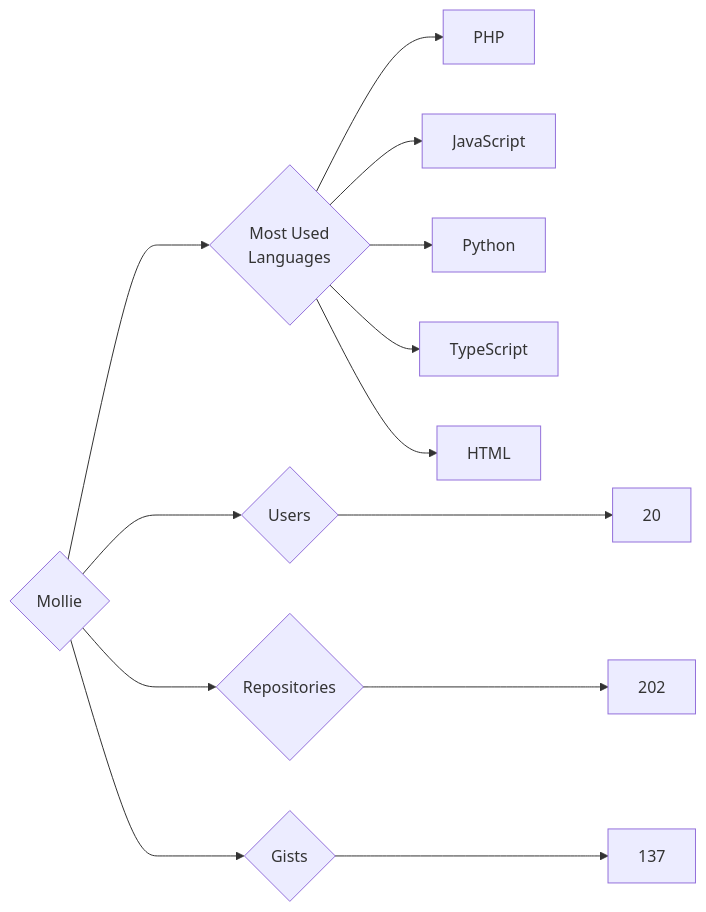
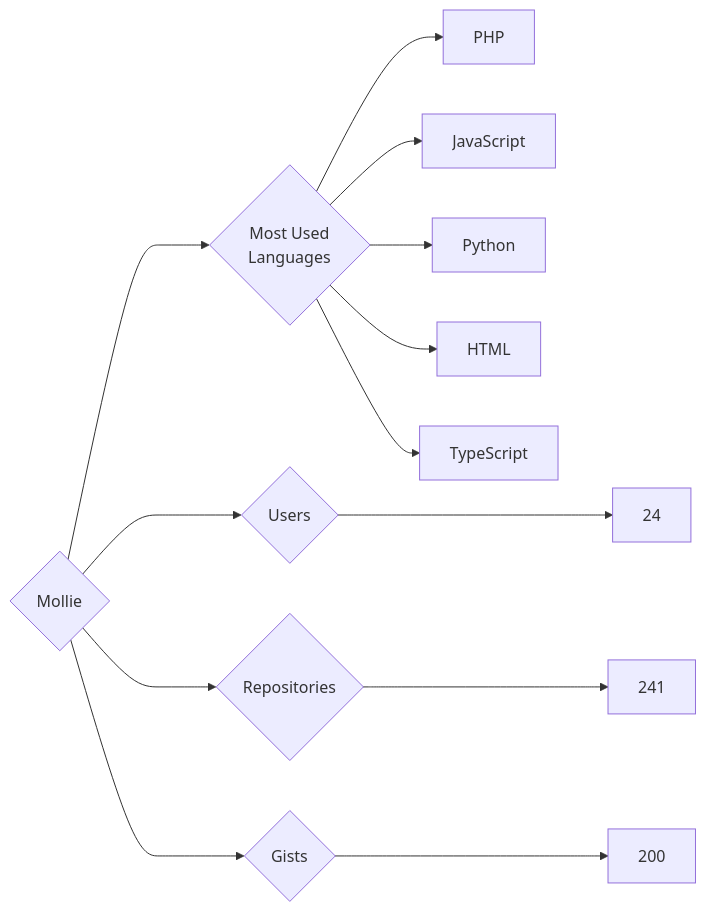
The diagram in targets/Mollie/README.md (trickest/insiders), drawn with Mermaid before and after one commit. The commit also changed 964 other files, not shown here.

````diff
--- a/targets/Mollie/README.md
+++ b/targets/Mollie/README.md
@@ -3,13 +3,13 @@
 ```mermaid
 graph LR
 COMPANY_NAME{Mollie}
-COMPANY_NAME ---> U{Users} ---> UN[20]
-COMPANY_NAME ---> R{Repositories} ---> RN[202]
-COMPANY_NAME ---> G{Gists} ---> GN[137]
+COMPANY_NAME ---> U{Users} ---> UN[24]
+COMPANY_NAME ---> R{Repositories} ---> RN[241]
+COMPANY_NAME ---> G{Gists} ---> GN[200]
 COMPANY_NAME ---> ML{Most Used<br>Languages}
 ML --> PHP[PHP]
 ML --> JavaScript[JavaScript]
 ML --> Python[Python]
+ML --> HTML[HTML]
 ML --> TypeScript[TypeScript]
-ML --> HTML[HTML]
 ```
````
